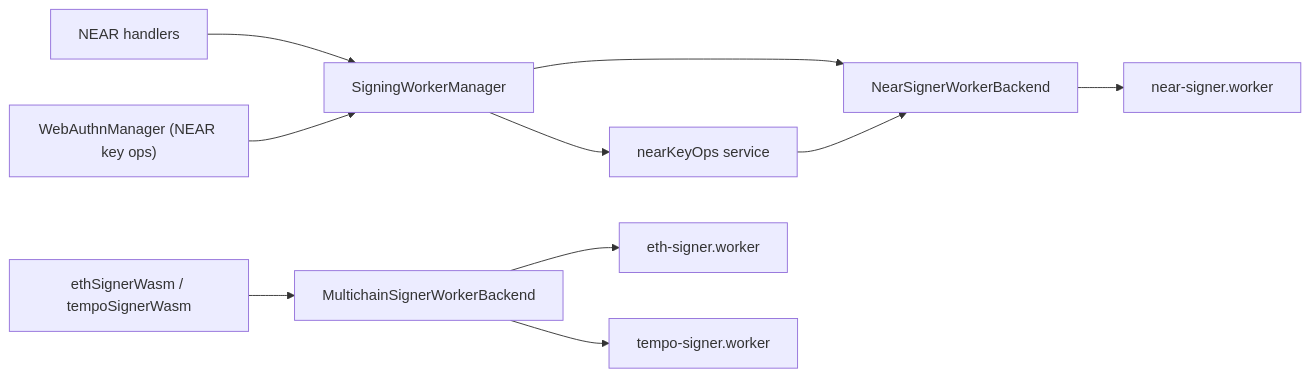
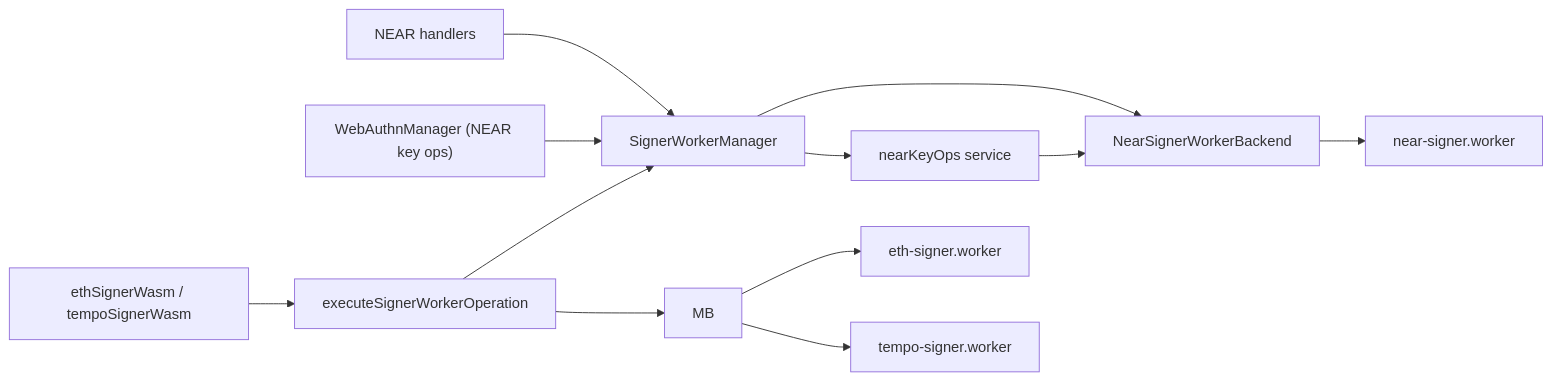
One commit to peitalin/simple-threshold-signer changed the third of 3 diagrams in client/src/core/signing/README.md. Above: the diagram before and after it, drawn with Mermaid. The commit also changed other lines of this file and 148 other files, not shown here.

````diff
--- a/client/src/core/signing/README.md
+++ b/client/src/core/signing/README.md
@@ -56,13 +56,15 @@
 ```mermaid
 flowchart LR
-  NH["NEAR handlers"] --> SWM["SigningWorkerManager"]
+  NH["NEAR handlers"] --> SWM["SignerWorkerManager"]
   WM["WebAuthnManager (NEAR key ops)"] --> SWM
   SWM --> NB["NearSignerWorkerBackend"]
   SWM --> NKO["nearKeyOps service"]
   NB --> NSW["near-signer.worker"]
   NKO --> NB
 
-  WASM["ethSignerWasm / tempoSignerWasm"] --> MB["MultichainSignerWorkerBackend"]
+  WASM["ethSignerWasm / tempoSignerWasm"] --> EX["executeSignerWorkerOperation"]
+  EX --> SWM
+  EX --> MB
   MB --> EWK["eth-signer.worker"]
   MB --> TWK["tempo-signer.worker"]
 ```
````
